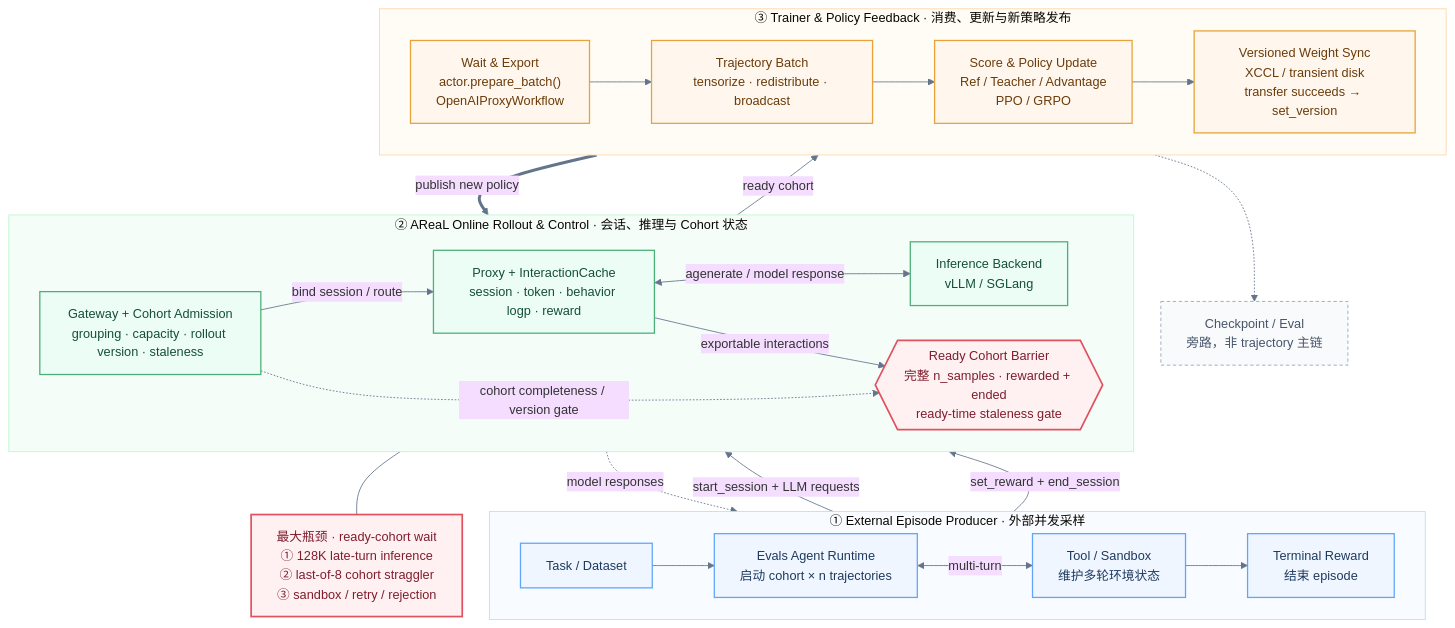
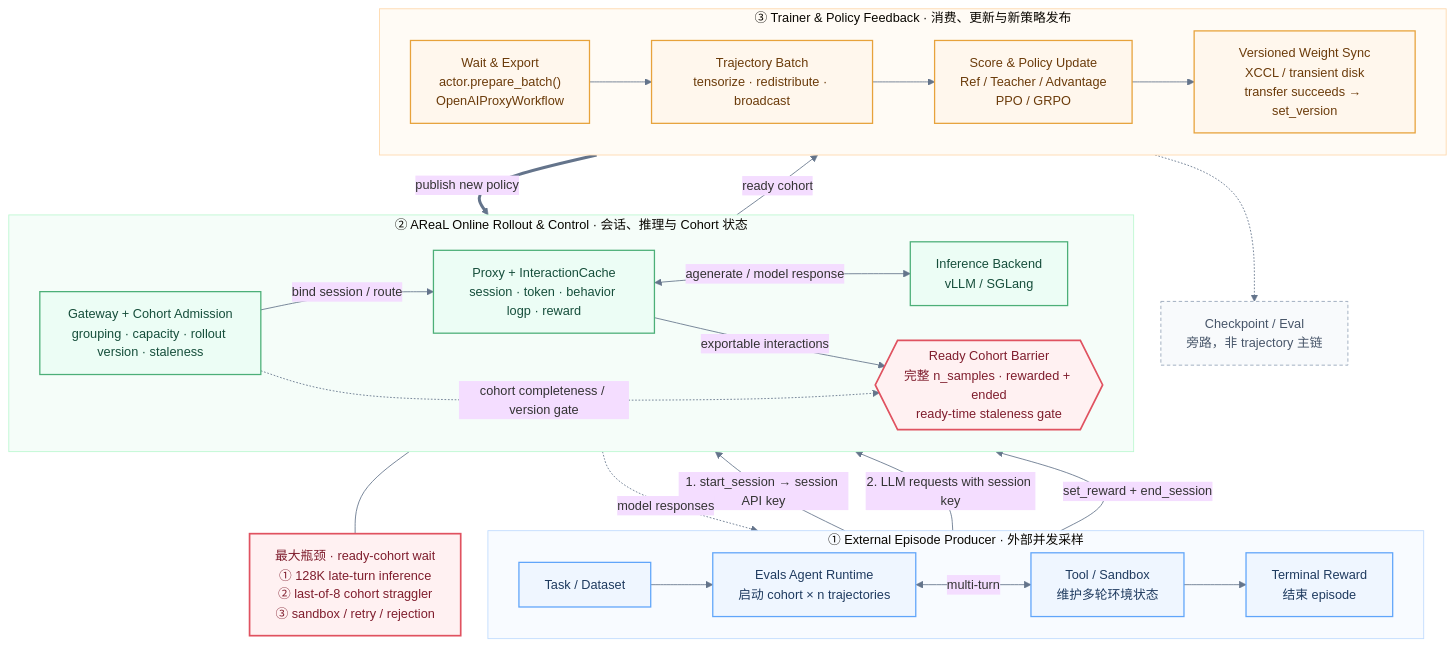
One commit to zbw-ai/ReadBase changed the diagram in private_resume/2026-08-llm-infra-interview-prep.md. Above: the diagram before and after it, drawn with Mermaid. The commit also changed other lines of this file and 14 other files, not shown here.

````diff
--- a/private_resume/2026-08-llm-infra-interview-prep.md
+++ b/private_resume/2026-08-llm-infra-interview-prep.md
@@ -279,78 +287,79 @@
 ```mermaid
 %%{init: {
   "theme": "base",
   "themeVariables": {
     "fontFamily": "Inter, PingFang SC, Microsoft YaHei, sans-serif",
     "fontSize": "15px",
     "lineColor": "#64748b"
   },
   "flowchart": {
     "curve": "basis",
     "nodeSpacing": 32,
     "rankSpacing": 48
   }
 }}%%
 flowchart TB
 
     subgraph EPISODE["① External Episode Producer · 外部并发采样"]
         direction LR
         TASK["Task / Dataset"]
         AGENT["Evals Agent Runtime<br/>启动 cohort × n trajectories"]
         ENV["Tool / Sandbox<br/>维护多轮环境状态"]
         REWARD["Terminal Reward<br/>结束 episode"]
 
         TASK --> AGENT
         AGENT <-->|"multi-turn"| ENV
         ENV --> REWARD
     end
 
     subgraph AREAL["② AReaL Online Rollout & Control · 会话、推理与 Cohort 状态"]
         direction LR
         GATEWAY["Gateway + Cohort Admission<br/>grouping · capacity · rollout version · staleness"]
         PROXY["Proxy + InteractionCache<br/>session · token · behavior logp · reward"]
         INFERENCE["Inference Backend<br/>vLLM / SGLang"]
         BARRIER{{"Ready Cohort Barrier<br/>完整 n_samples · rewarded + ended<br/>ready-time staleness gate"}}
 
         GATEWAY -->|"bind session / route"| PROXY
         PROXY <-->|"agenerate / model response"| INFERENCE
         PROXY -->|"exportable interactions"| BARRIER
     end
 
     subgraph TRAIN["③ Trainer & Policy Feedback · 消费、更新与新策略发布"]
         direction LR
         PREPARE["Wait & Export<br/>actor.prepare_batch()<br/>OpenAIProxyWorkflow"]
         BATCH["Trajectory Batch<br/>tensorize · redistribute · broadcast"]
         OPTIMIZE["Score & Policy Update<br/>Ref / Teacher / Advantage<br/>PPO / GRPO"]
         WEIGHTS["Versioned Weight Sync<br/>XCCL / transient disk<br/>transfer succeeds → set_version"]
 
         PREPARE --> BATCH --> OPTIMIZE --> WEIGHTS
     end
 
-    AGENT -->|"start_session + LLM requests"| GATEWAY
+    AGENT -->|"1. start_session → session API key"| GATEWAY
+    AGENT -->|"2. LLM requests with session key"| GATEWAY
     INFERENCE -. "model responses" .-> AGENT
     REWARD -->|"set_reward + end_session"| GATEWAY
     GATEWAY -. "cohort completeness / version gate" .-> BARRIER
 
     BARRIER -->|"ready cohort"| PREPARE
     WEIGHTS ==>|"publish new policy"| INFERENCE
     WEIGHTS -.-> CKPT["Checkpoint / Eval<br/>旁路，非 trajectory 主链"]
 
     BOTTLENECK["最大瓶颈 · ready-cohort wait<br/>① 128K late-turn inference<br/>② last-of-8 cohort straggler<br/>③ sandbox / retry / rejection"]
     BARRIER --- BOTTLENECK
 
     classDef producer fill:#eff6ff,stroke:#60a5fa,color:#1e3a5f,stroke-width:1.5px;
     classDef rollout fill:#ecfdf5,stroke:#4caf78,color:#164e3b,stroke-width:1.5px;
     classDef trainer fill:#fff7ed,stroke:#e7a23b,color:#6b3b0a,stroke-width:1.5px;
     classDef bottleneck fill:#fff1f2,stroke:#e05260,color:#7f1d2d,stroke-width:2px;
     classDef side fill:#f8fafc,stroke:#94a3b8,color:#475569,stroke-dasharray:4 3;
 
     class TASK,AGENT,ENV,REWARD producer;
     class GATEWAY,PROXY,INFERENCE rollout;
     class PREPARE,BATCH,OPTIMIZE,WEIGHTS trainer;
     class BARRIER,BOTTLENECK bottleneck;
     class CKPT side;
 
     style EPISODE fill:#f8fbff,stroke:#bfdbfe,stroke-width:1px
     style AREAL fill:#f5fdf9,stroke:#bbf7d0,stroke-width:1px
     style TRAIN fill:#fffbf5,stroke:#fed7aa,stroke-width:1px
 ```
````
